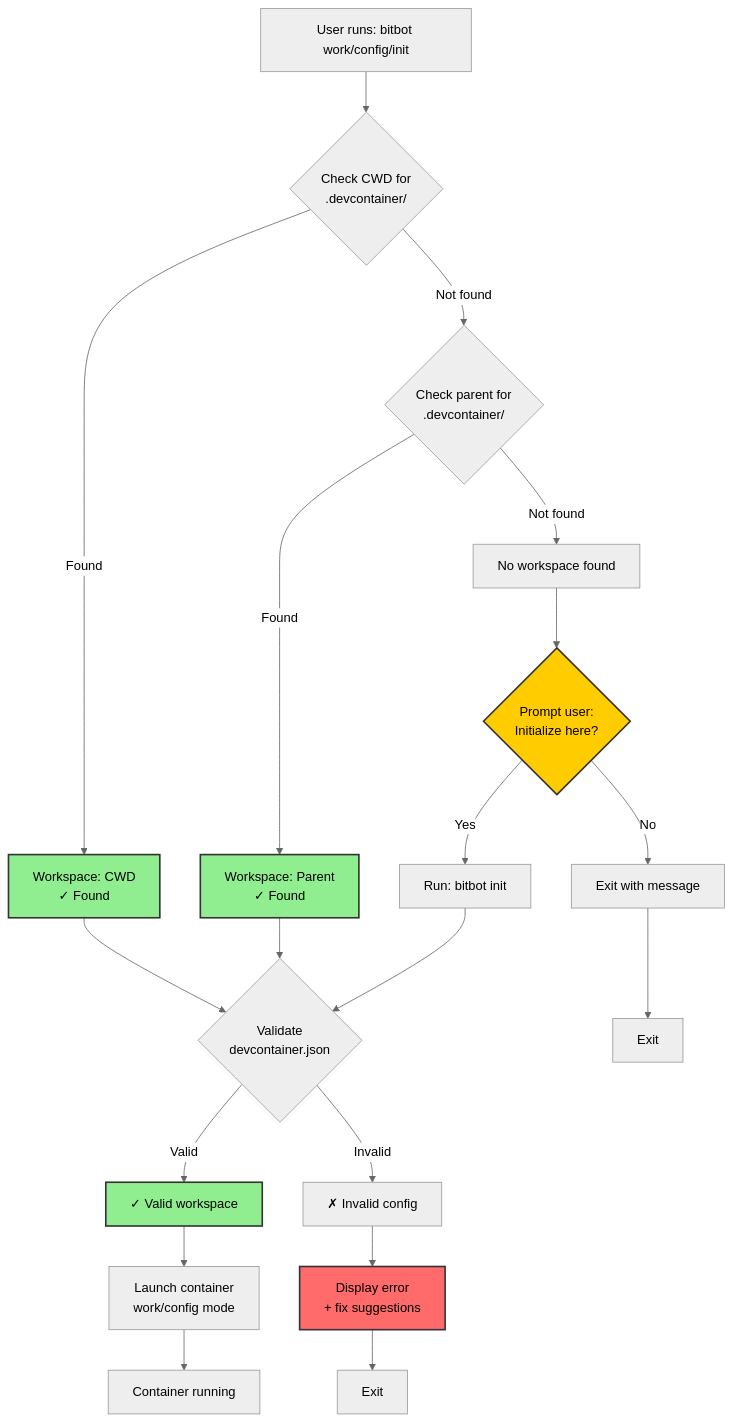
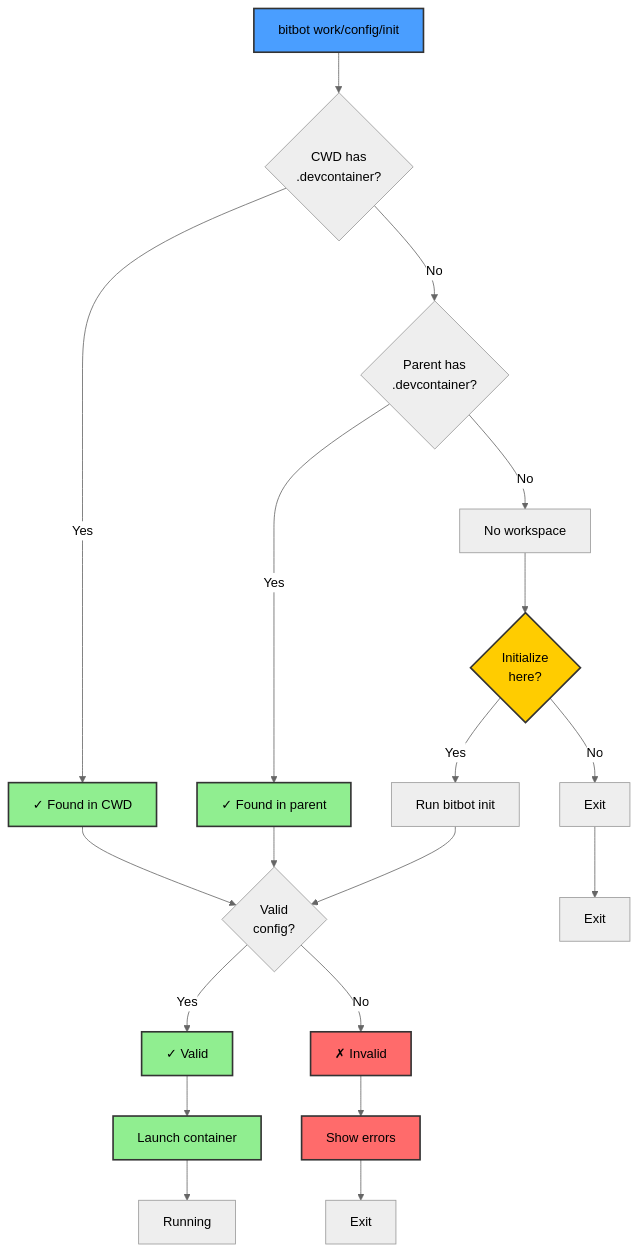
The first of 2 diagrams in sparc/3-architecture/diagrams/03-workspace-detection.md (ManuelKugelmann/BitBot), drawn with Mermaid (neutral theme) before and after one commit. The commit also changed other lines of this file and 5 other files, not shown here.

First line of the commit message:
Remove Docker from config mode in architecture diagrams

````diff
--- a/sparc/3-architecture/diagrams/03-workspace-detection.md
+++ b/sparc/3-architecture/diagrams/03-workspace-detection.md
@@ -5,56 +5,59 @@
 ```mermaid
 flowchart TD
-    START[User runs: bitbot work/config/init]
+    START[bitbot work/config/init]
 
-    CWD_CHECK{Check CWD for<br/>.devcontainer/}
-    CWD_FOUND[Workspace: CWD<br/>✓ Found]
+    CWD_CHECK{CWD has<br/>.devcontainer?}
+    CWD_FOUND[✓ Found in CWD]
 
-    PARENT_CHECK{Check parent for<br/>.devcontainer/}
-    PARENT_FOUND[Workspace: Parent<br/>✓ Found]
+    PARENT_CHECK{Parent has<br/>.devcontainer?}
+    PARENT_FOUND[✓ Found in parent]
 
-    NO_WORKSPACE[No workspace found]
-    PROMPT{Prompt user:<br/>Initialize here?}
+    NO_WORKSPACE[No workspace]
+    PROMPT{Initialize<br/>here?}
 
-    INIT_YES[Run: bitbot init]
-    INIT_NO[Exit with message]
+    INIT_YES[Run bitbot init]
+    INIT_NO[Exit]
 
-    VALIDATE{Validate<br/>devcontainer.json}
-    VALID[✓ Valid workspace]
-    INVALID[✗ Invalid config]
-    ERROR[Display error<br/>+ fix suggestions]
+    VALIDATE{Valid<br/>config?}
+    VALID[✓ Valid]
+    INVALID[✗ Invalid]
+    ERROR[Show errors]
 
-    LAUNCH[Launch container<br/>work/config mode]
+    LAUNCH[Launch container]
 
     START --> CWD_CHECK
 
-    CWD_CHECK -->|Found| CWD_FOUND
-    CWD_CHECK -->|Not found| PARENT_CHECK
+    CWD_CHECK -->|Yes| CWD_FOUND
+    CWD_CHECK -->|No| PARENT_CHECK
 
-    PARENT_CHECK -->|Found| PARENT_FOUND
-    PARENT_CHECK -->|Not found| NO_WORKSPACE
+    PARENT_CHECK -->|Yes| PARENT_FOUND
+    PARENT_CHECK -->|No| NO_WORKSPACE
 
     CWD_FOUND --> VALIDATE
     PARENT_FOUND --> VALIDATE
 
     NO_WORKSPACE --> PROMPT
     PROMPT -->|Yes| INIT_YES
     PROMPT -->|No| INIT_NO
 
     INIT_YES --> VALIDATE
     INIT_NO --> END1[Exit]
 
-    VALIDATE -->|Valid| VALID
-    VALIDATE -->|Invalid| INVALID
+    VALIDATE -->|Yes| VALID
+    VALIDATE -->|No| INVALID
 
     VALID --> LAUNCH
     INVALID --> ERROR
     ERROR --> END2[Exit]
 
-    LAUNCH --> END3[Container running]
+    LAUNCH --> END3[Running]
 
+    style START fill:#4a9eff,stroke:#333,stroke-width:2px
     style CWD_FOUND fill:#90ee90,stroke:#333,stroke-width:2px
     style PARENT_FOUND fill:#90ee90,stroke:#333,stroke-width:2px
     style VALID fill:#90ee90,stroke:#333,stroke-width:2px
+    style LAUNCH fill:#90ee90,stroke:#333,stroke-width:2px
     style ERROR fill:#ff6b6b,stroke:#333,stroke-width:2px
+    style INVALID fill:#ff6b6b,stroke:#333,stroke-width:2px
     style PROMPT fill:#ffcc00,stroke:#333,stroke-width:2px
 ```
````
